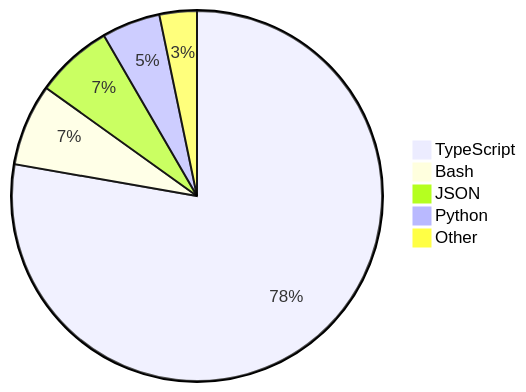
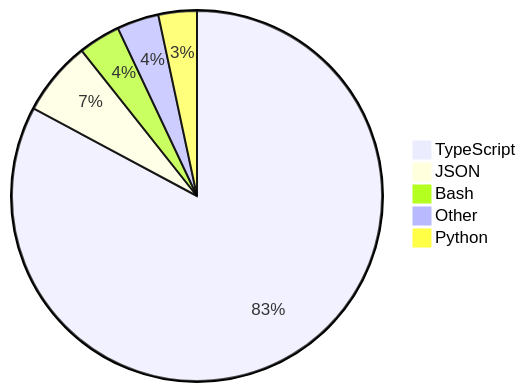
Before and after one commit to skvggor/skvggor: the diagram in README.md, drawn with Mermaid.

Commit message:
Updated waka-readme graph with new metrics

````diff
--- a/README.md
+++ b/README.md
@@ -28,8 +28,8 @@
 ```mermaid
 pie
-    "TypeScript" : 76.2
-    "Bash" : 7.0
-    "JSON" : 6.6
-    "Python" : 5.0
-    "Other" : 3.2
+    "TypeScript" : 81.5
+    "JSON" : 6.4
+    "Bash" : 3.6
+    "Other" : 3.6
+    "Python" : 3.3
 ```
````
